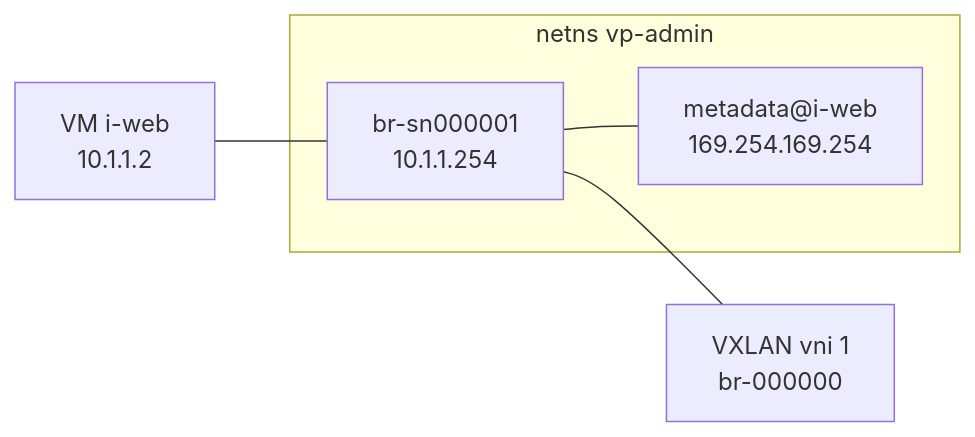
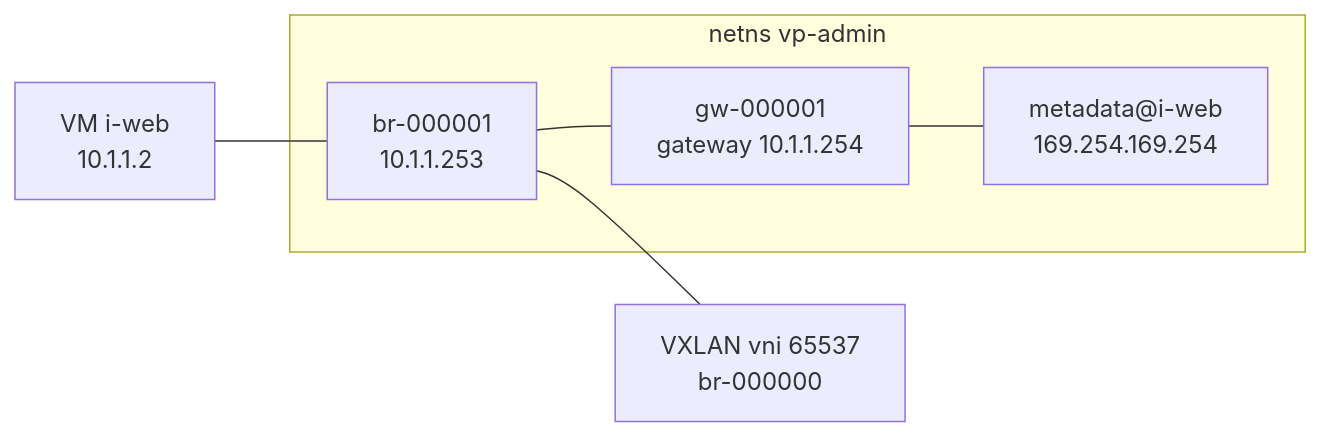
Before and after one commit to GnomeZworc/two-mirror: the diagram in docs/demarrage/premier-vpc.rst, drawn with Mermaid. The commit also changed other lines of this file and 29 other files, not shown here.

```diff
--- a/docs/demarrage/premier-vpc.rst
+++ b/docs/demarrage/premier-vpc.rst
@@ -13,10 +13,12 @@
 .. mermaid::
 
    graph LR
      subgraph netns vp-admin
-       BR["br-sn000001<br/>10.1.1.254"]
+       BR["br-000001<br/>10.1.1.253"]
+       GW["gw-000001<br/>gateway 10.1.1.254"]
        MD["metadata@i-web<br/>169.254.169.254"]
      end
      VM["VM i-web<br/>10.1.1.2"] --- BR
-     BR --- MD
-     BR --- VXLAN["VXLAN vni 1<br/>br-000000"]
+     BR --- GW
+     GW --- MD
+     BR --- VXLAN["VXLAN vni 65537<br/>br-000000"]
```
